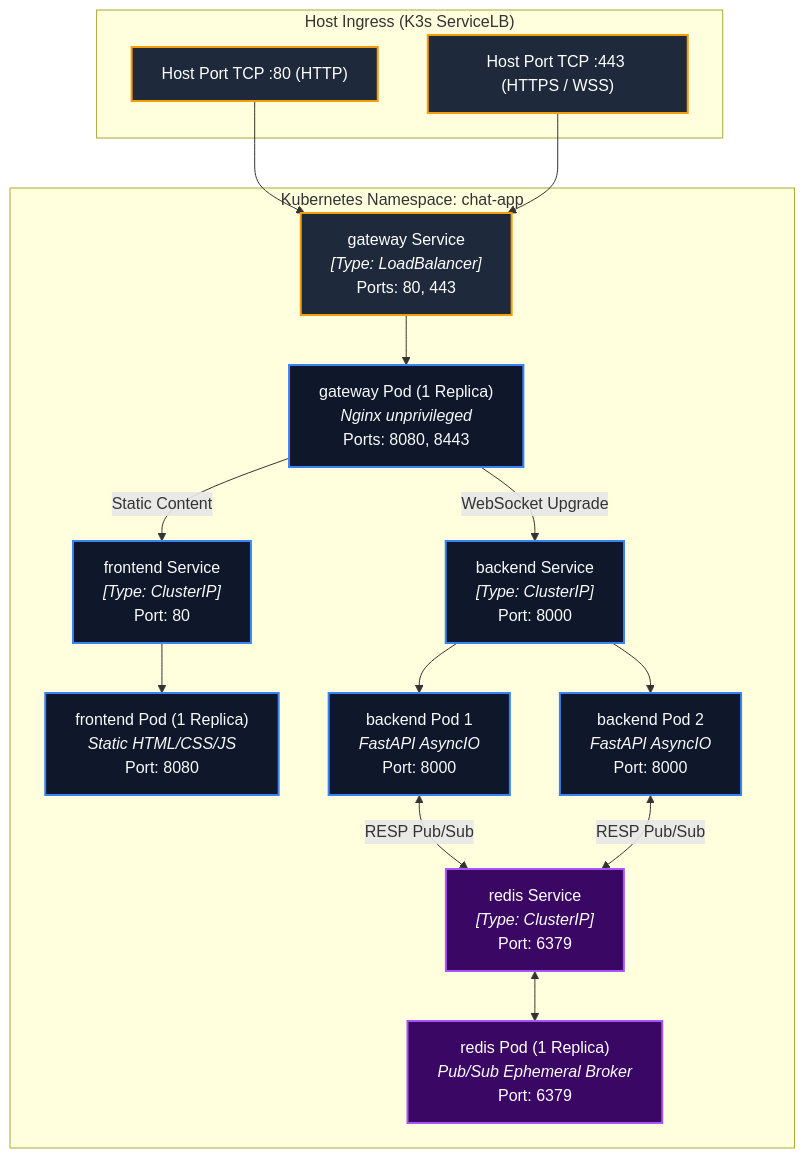
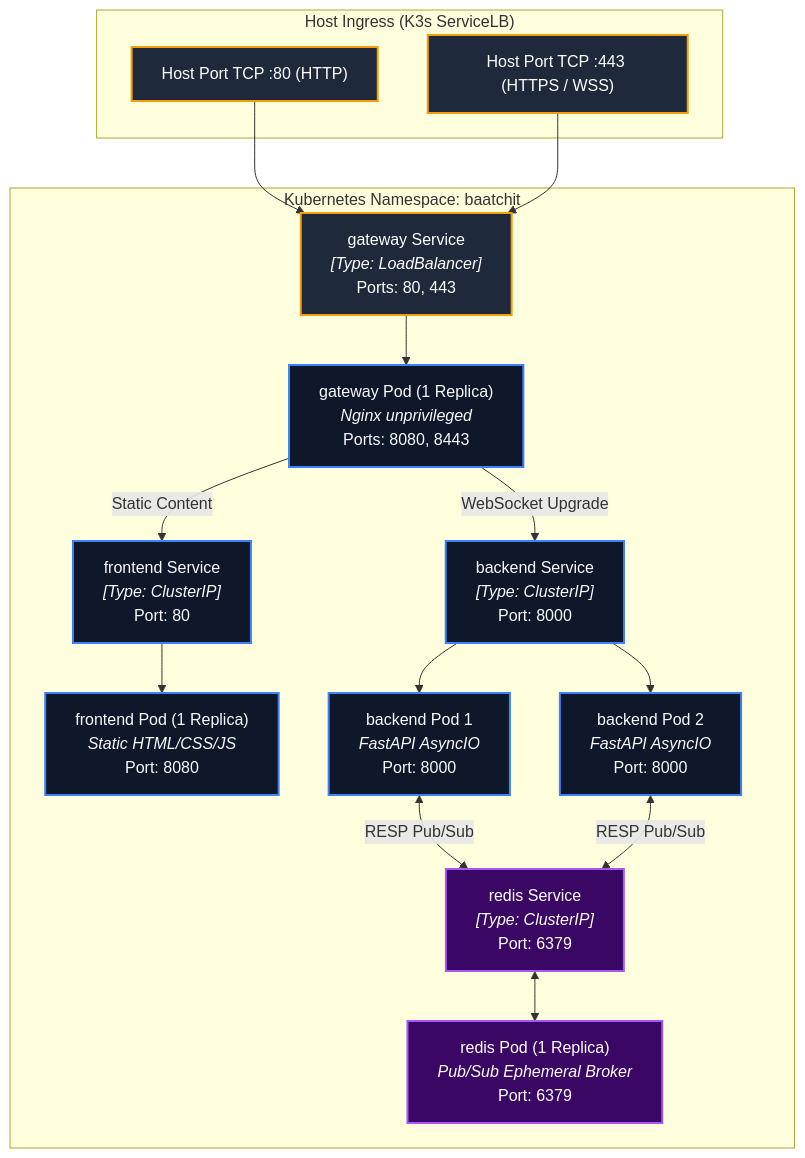
One commit to pawankgandhi15/Chat_App changed the diagram in docs/KUBERNETES.md. Above: the diagram before and after it, drawn with Mermaid. The commit also changed other lines of this file and 68 other files, not shown here.

````diff
--- a/docs/KUBERNETES.md
+++ b/docs/KUBERNETES.md
@@ -26,44 +26,44 @@
 ```mermaid
 flowchart TB
     subgraph HostPorts["Host Ingress (K3s ServiceLB)"]
         P80["Host Port TCP :80 (HTTP)"]
         P443["Host Port TCP :443 (HTTPS / WSS)"]
     end
 
-    subgraph K8s["Kubernetes Namespace: chat-app"]
+    subgraph K8s["Kubernetes Namespace: baatchit"]
         GW_SVC["gateway Service<br/><i>[Type: LoadBalancer]</i><br/>Ports: 80, 443"]
         GW_POD["gateway Pod (1 Replica)<br/><i>Nginx unprivileged</i><br/>Ports: 8080, 8443"]
 
         FE_SVC["frontend Service<br/><i>[Type: ClusterIP]</i><br/>Port: 80"]
         FE_POD["frontend Pod (1 Replica)<br/><i>Static HTML/CSS/JS</i><br/>Port: 8080"]
 
         BE_SVC["backend Service<br/><i>[Type: ClusterIP]</i><br/>Port: 8000"]
         BE_POD1["backend Pod 1<br/><i>FastAPI AsyncIO</i><br/>Port: 8000"]
         BE_POD2["backend Pod 2<br/><i>FastAPI AsyncIO</i><br/>Port: 8000"]
 
         RD_SVC["redis Service<br/><i>[Type: ClusterIP]</i><br/>Port: 6379"]
         RD_POD["redis Pod (1 Replica)<br/><i>Pub/Sub Ephemeral Broker</i><br/>Port: 6379"]
     end
 
     P80 --> GW_SVC
     P443 --> GW_SVC
     GW_SVC --> GW_POD
 
     GW_POD -->|Static Content| FE_SVC
     FE_SVC --> FE_POD
 
     GW_POD -->|WebSocket Upgrade| BE_SVC
     BE_SVC --> BE_POD1
     BE_SVC --> BE_POD2
 
     BE_POD1 <-->|RESP Pub/Sub| RD_SVC
     BE_POD2 <-->|RESP Pub/Sub| RD_SVC
     RD_SVC <--> RD_POD
 
     classDef ingress fill:#1e293b,stroke:#f59e0b,stroke-width:2px,color:#ffffff;
     classDef pod fill:#0f172a,stroke:#3b82f6,stroke-width:2px,color:#f8fafc;
     classDef broker fill:#3b0764,stroke:#a855f7,stroke-width:2px,color:#ffffff;
     class P80,P443,GW_SVC ingress;
     class GW_POD,FE_SVC,FE_POD,BE_SVC,BE_POD1,BE_POD2 pod;
     class RD_SVC,RD_POD broker;
 ```
````
